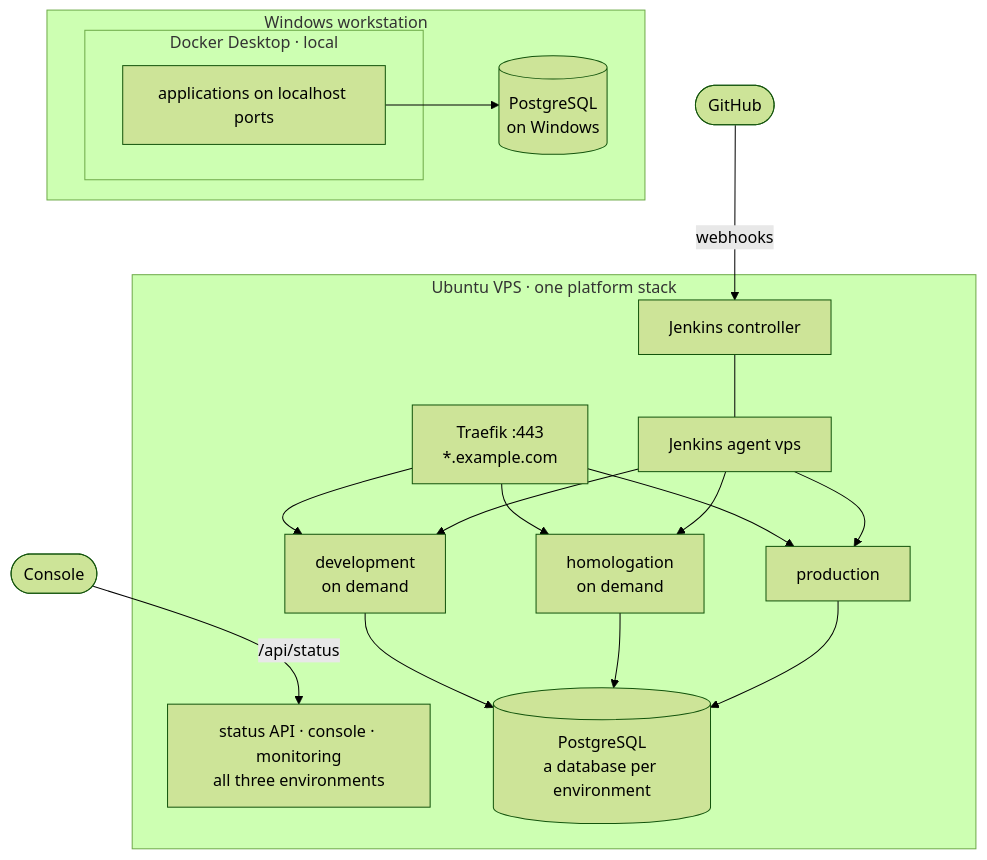
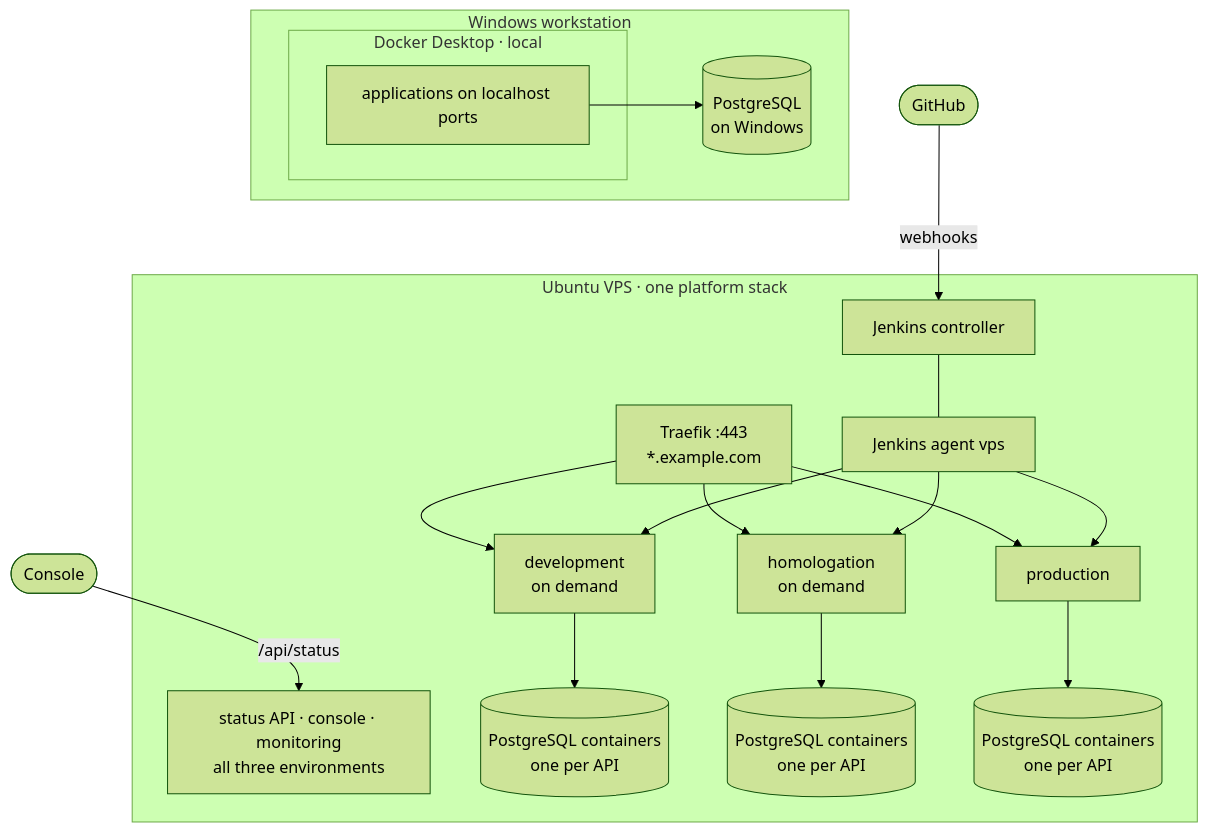
The diagram in docs/examples/docker-desktop-and-vps/README.md (artur-rios/yggdrasil), drawn with Mermaid (forest theme) before and after one commit. The commit also changed other lines of this file and 4 other files, not shown here.

First line of the commit message:
docs: put the api databases in their containers

````diff
--- a/docs/examples/docker-desktop-and-vps/README.md
+++ b/docs/examples/docker-desktop-and-vps/README.md
@@ -25,21 +25,22 @@
 ```mermaid
 flowchart TB
     subgraph ws [Windows workstation]
         subgraph dd [Docker Desktop · local]
             localapps[applications on localhost ports]
         end
         pg[(PostgreSQL<br/>on Windows)]
         localapps --> pg
     end
     subgraph vps [Ubuntu VPS · one platform stack]
         traefik[Traefik :443<br/>*.example.com] --> dev[development<br/>on demand]
         traefik --> hml[homologation<br/>on demand]
         traefik --> prod[production]
         jenkins[Jenkins controller] --- agent[Jenkins agent vps] --> dev & hml & prod
         status[status API · console · monitoring<br/>all three environments]
-        vpspg[(PostgreSQL<br/>a database per environment)]
-        dev & hml & prod --> vpspg
+        dev --> devpg[(PostgreSQL containers<br/>one per API)]
+        hml --> hmlpg[(PostgreSQL containers<br/>one per API)]
+        prod --> prodpg[(PostgreSQL containers<br/>one per API)]
     end
     gh([GitHub]) -- webhooks --> jenkins
     console([Console]) -- /api/status --> status
 ```
````
